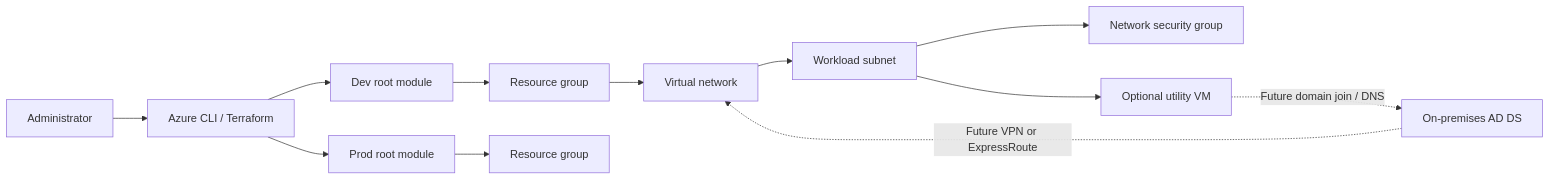
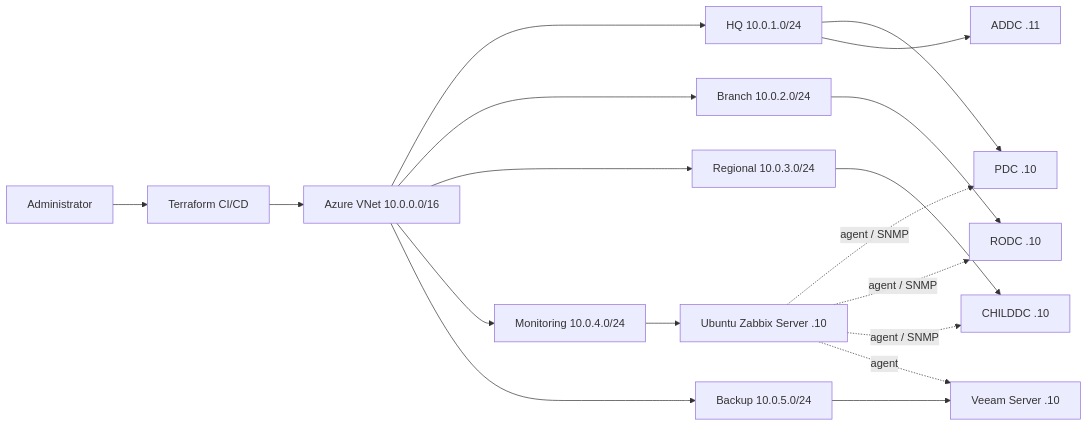
The diagram in docs/architecture.md (Diaadam/AD-with-Azure-Infrastructure-Lab), drawn with Mermaid before and after one commit. The commit also changed other lines of this file and 4 other files, not shown here.

````diff
--- a/docs/architecture.md
+++ b/docs/architecture.md
@@ -20,14 +20,20 @@
 ```mermaid
 flowchart LR
-    Admin[Administrator] --> AzureCLI[Azure CLI / Terraform]
-    AzureCLI --> Dev[Dev root module]
-    AzureCLI --> Prod[Prod root module]
-    Dev --> RG[Resource group]
-    Prod --> RG2[Resource group]
-    RG --> VNet[Virtual network]
-    VNet --> Subnet[Workload subnet]
-    Subnet --> NSG[Network security group]
-    Subnet --> VM[Optional utility VM]
-    OnPrem[On-premises AD DS] -. Future VPN or ExpressRoute .-> VNet
-    VM -. Future domain join / DNS .-> OnPrem
+    Admin[Administrator] --> Terraform[Terraform CI/CD]
+    Terraform --> VNet[Azure VNet 10.0.0.0/16]
+    VNet --> HQ[HQ 10.0.1.0/24]
+    VNet --> Branch[Branch 10.0.2.0/24]
+    VNet --> Regional[Regional 10.0.3.0/24]
+    VNet --> Monitoring[Monitoring 10.0.4.0/24]
+    VNet --> Backup[Backup 10.0.5.0/24]
+    HQ --> PDC[PDC .10]
+    HQ --> ADDC[ADDC .11]
+    Branch --> RODC[RODC .10]
+    Regional --> ChildDC[CHILDDC .10]
+    Monitoring --> Zabbix[Ubuntu Zabbix Server .10]
+    Backup --> Veeam[Veeam Server .10]
+    Zabbix -. agent / SNMP .-> PDC
+    Zabbix -. agent / SNMP .-> RODC
+    Zabbix -. agent / SNMP .-> ChildDC
+    Zabbix -. agent .-> Veeam
 ```
````
